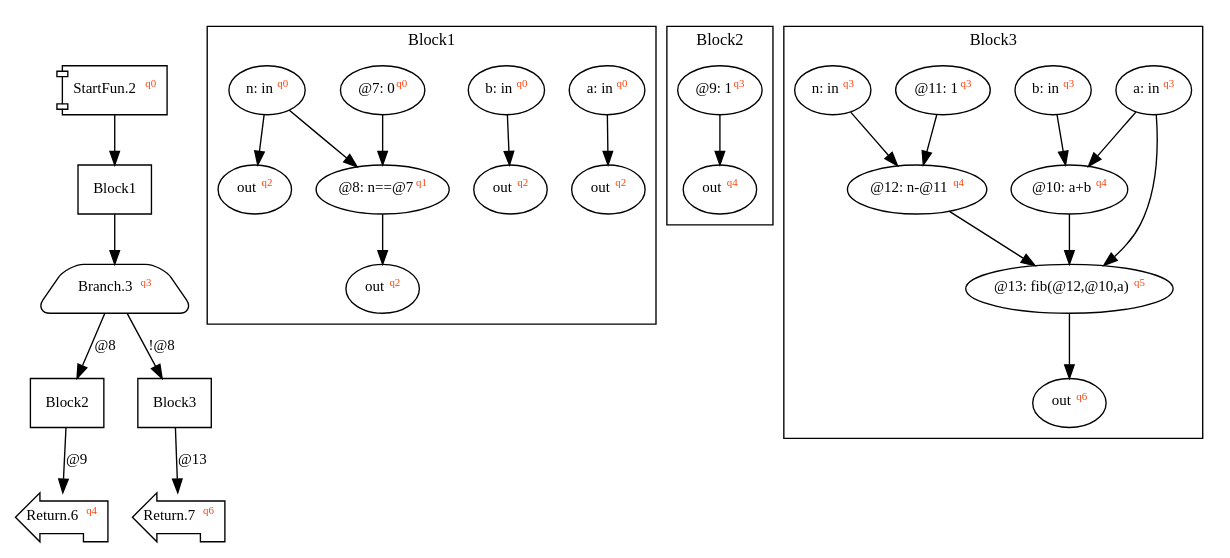
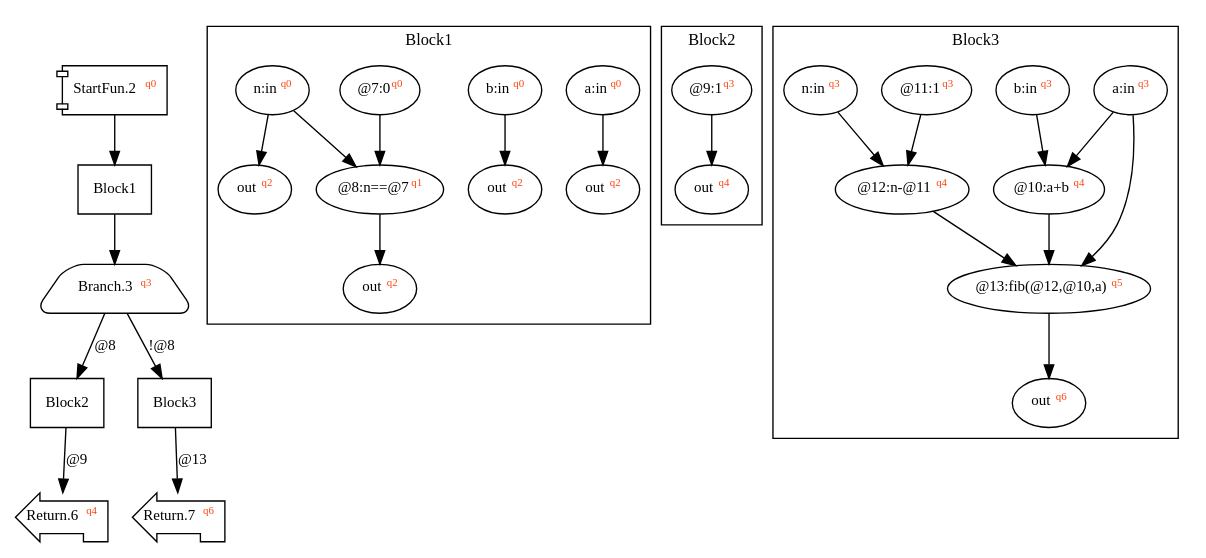
Before and after one commit to akouryy/SyntheScala: the diagram in dist/fib.dot, drawn with Graphviz. The commit also changed 7 other files, not shown here.

Commit message:
Implement interference graph

```diff
--- a/dist/fib.dot
+++ b/dist/fib.dot
@@ -1,30 +1,30 @@
 digraph Program_ {
 graph [fontname = "Monaco", fontsize = 12, ranksep = 0.5];
 node [shape = box, fontname = "Monaco", fontsize = 11; colorscheme = pastel19];
 edge [fontname = "Monaco", fontsize = 11; colorscheme = pastel19];
 Jump2[label = <StartFun.2<font color="#ff4411" point-size="8"><sup>q0</sup></font>>; shape = component];
 Jump2 -> Block1;
 Jump3[
   label = <Branch.3<font color="#ff4411" point-size="8"><sup>q3</sup></font>>;
   shape = trapezium; style = rounded;
 ];
 Block1 -> Jump3;
 Jump3 -> Block2 [label="@8"];
 Jump3 -> Block3 [label="!@8"];
 Jump6[label = <Return.6<font color="#ff4411" point-size="8"><sup>q4</sup></font>>; shape = lpromoter];
 Block2 -> Jump6 [label="@9"];
 Jump7[label = <Return.7<font color="#ff4411" point-size="8"><sup>q6</sup></font>>; shape = lpromoter];
 Block3 -> Jump7 [label="@13"];
 Block1 [label = "Block1"];
 Block2 [label = "Block2"];
 Block3 [label = "Block3"];
 subgraph cluster_dfg_Block1{
 node [shape = oval];
 label = "Block1";
-ndBlock1_0 [label=<out<font color="#ff4411" point-size="8"><sup>q2</sup></font>>];ndBlock1_1 [label=<@8: n==@7<font color="#ff4411" point-size="8"><sup>q1</sup></font>>];ndBlock1_2 [label=<out<font color="#ff4411" point-size="8"><sup>q2</sup></font>>];ndBlock1_3 [label=<a: in<font color="#ff4411" point-size="8"><sup>q0</sup></font>>];ndBlock1_4 [label=<b: in<font color="#ff4411" point-size="8"><sup>q0</sup></font>>];ndBlock1_5 [label=<out<font color="#ff4411" point-size="8"><sup>q2</sup></font>>];ndBlock1_6 [label=<out<font color="#ff4411" point-size="8"><sup>q2</sup></font>>];ndBlock1_7 [label=<@7: 0<font color="#ff4411" point-size="8"><sup>q0</sup></font>>];ndBlock1_8 [label=<n: in<font color="#ff4411" point-size="8"><sup>q0</sup></font>>];ndBlock1_4 -> ndBlock1_2; ndBlock1_7 -> ndBlock1_1; ndBlock1_8 -> ndBlock1_1; ndBlock1_8 -> ndBlock1_5; ndBlock1_3 -> ndBlock1_6; ndBlock1_1 -> ndBlock1_0; }subgraph cluster_dfg_Block2{
+ndBlock1_0 [label=<out<font color="#ff4411" point-size="8"><sup>q2</sup></font>>];ndBlock1_1 [label=<@8:n==@7<font color="#ff4411" point-size="8"><sup>q1</sup></font>>];ndBlock1_2 [label=<out<font color="#ff4411" point-size="8"><sup>q2</sup></font>>];ndBlock1_3 [label=<a:in<font color="#ff4411" point-size="8"><sup>q0</sup></font>>];ndBlock1_4 [label=<b:in<font color="#ff4411" point-size="8"><sup>q0</sup></font>>];ndBlock1_5 [label=<out<font color="#ff4411" point-size="8"><sup>q2</sup></font>>];ndBlock1_6 [label=<out<font color="#ff4411" point-size="8"><sup>q2</sup></font>>];ndBlock1_7 [label=<@7:0<font color="#ff4411" point-size="8"><sup>q0</sup></font>>];ndBlock1_8 [label=<n:in<font color="#ff4411" point-size="8"><sup>q0</sup></font>>];ndBlock1_4 -> ndBlock1_2; ndBlock1_7 -> ndBlock1_1; ndBlock1_8 -> ndBlock1_1; ndBlock1_8 -> ndBlock1_5; ndBlock1_3 -> ndBlock1_6; ndBlock1_1 -> ndBlock1_0; }subgraph cluster_dfg_Block2{
 node [shape = oval];
 label = "Block2";
-ndBlock2_0 [label=<@9: 1<font color="#ff4411" point-size="8"><sup>q3</sup></font>>];ndBlock2_1 [label=<out<font color="#ff4411" point-size="8"><sup>q4</sup></font>>];ndBlock2_0 -> ndBlock2_1; }subgraph cluster_dfg_Block3{
+ndBlock2_0 [label=<@9:1<font color="#ff4411" point-size="8"><sup>q3</sup></font>>];ndBlock2_1 [label=<out<font color="#ff4411" point-size="8"><sup>q4</sup></font>>];ndBlock2_0 -> ndBlock2_1; }subgraph cluster_dfg_Block3{
 node [shape = oval];
 label = "Block3";
-ndBlock3_0 [label=<a: in<font color="#ff4411" point-size="8"><sup>q3</sup></font>>];ndBlock3_1 [label=<b: in<font color="#ff4411" point-size="8"><sup>q3</sup></font>>];ndBlock3_2 [label=<@10: a+b<font color="#ff4411" point-size="8"><sup>q4</sup></font>>];ndBlock3_3 [label=<out<font color="#ff4411" point-size="8"><sup>q6</sup></font>>];ndBlock3_4 [label=<@11: 1<font color="#ff4411" point-size="8"><sup>q3</sup></font>>];ndBlock3_5 [label=<@12: n-@11<font color="#ff4411" point-size="8"><sup>q4</sup></font>>];ndBlock3_6 [label=<@13: fib(@12,@10,a)<font color="#ff4411" point-size="8"><sup>q5</sup></font>>];ndBlock3_7 [label=<n: in<font color="#ff4411" point-size="8"><sup>q3</sup></font>>];ndBlock3_4 -> ndBlock3_5; ndBlock3_7 -> ndBlock3_5; ndBlock3_0 -> ndBlock3_6; ndBlock3_2 -> ndBlock3_6; ndBlock3_5 -> ndBlock3_6; ndBlock3_0 -> ndBlock3_2; ndBlock3_1 -> ndBlock3_2; ndBlock3_6 -> ndBlock3_3; }}
+ndBlock3_0 [label=<a:in<font color="#ff4411" point-size="8"><sup>q3</sup></font>>];ndBlock3_1 [label=<b:in<font color="#ff4411" point-size="8"><sup>q3</sup></font>>];ndBlock3_2 [label=<@10:a+b<font color="#ff4411" point-size="8"><sup>q4</sup></font>>];ndBlock3_3 [label=<out<font color="#ff4411" point-size="8"><sup>q6</sup></font>>];ndBlock3_4 [label=<@11:1<font color="#ff4411" point-size="8"><sup>q3</sup></font>>];ndBlock3_5 [label=<@12:n-@11<font color="#ff4411" point-size="8"><sup>q4</sup></font>>];ndBlock3_6 [label=<@13:fib(@12,@10,a)<font color="#ff4411" point-size="8"><sup>q5</sup></font>>];ndBlock3_7 [label=<n:in<font color="#ff4411" point-size="8"><sup>q3</sup></font>>];ndBlock3_4 -> ndBlock3_5; ndBlock3_7 -> ndBlock3_5; ndBlock3_0 -> ndBlock3_6; ndBlock3_2 -> ndBlock3_6; ndBlock3_5 -> ndBlock3_6; ndBlock3_0 -> ndBlock3_2; ndBlock3_1 -> ndBlock3_2; ndBlock3_6 -> ndBlock3_3; }}
```
